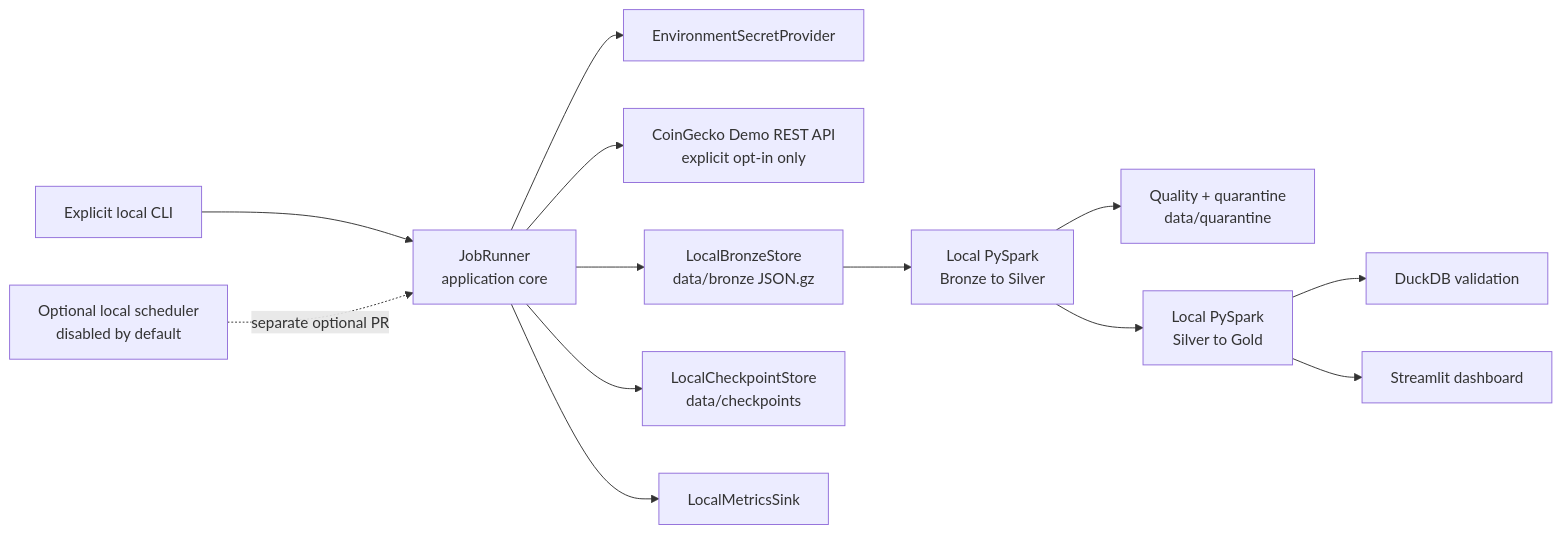
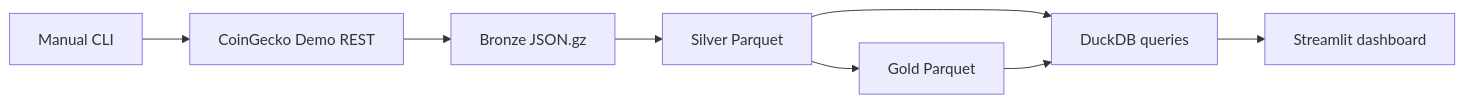
One commit to TrieuNguyenPhu/cryptopulse-aws-data-lake changed the diagram in docs/architecture.md. Above: the diagram before and after it, drawn with Mermaid. The commit also changed other lines of this file and 15 other files, not shown here.

````diff
--- a/docs/architecture.md
+++ b/docs/architecture.md
@@ -11,29 +5,10 @@
 ```mermaid
 flowchart LR
-  CLI[Explicit local CLI]
-  OLS[Optional local scheduler\ndisabled by default]
-  JR[JobRunner\napplication core]
-  ESP[EnvironmentSecretProvider]
-  CG[CoinGecko Demo REST API\nexplicit opt-in only]
-  BS[LocalBronzeStore\ndata/bronze JSON.gz]
-  CP[LocalCheckpointStore\ndata/checkpoints]
-  MS[LocalMetricsSink]
-  SP[Local PySpark\nBronze to Silver]
-  DQ[Quality + quarantine\ndata/quarantine]
-  GP[Local PySpark\nSilver to Gold]
-  DUCK[DuckDB validation]
-  ST[Streamlit dashboard]
-
-  CLI --> JR
-  OLS -. separate optional PR .-> JR
-  JR --> ESP
-  JR --> CG
-  JR --> BS
-  JR --> CP
-  JR --> MS
-  BS --> SP
-  SP --> DQ
-  SP --> GP
-  GP --> DUCK
-  GP --> ST
+  CLI[Manual CLI] --> CG[CoinGecko Demo REST]
+  CG --> B[Bronze JSON.gz]
+  B --> S[Silver Parquet]
+  S --> G[Gold Parquet]
+  S --> D[DuckDB queries]
+  G --> D
+  D --> UI[Streamlit dashboard]
 ```
````
